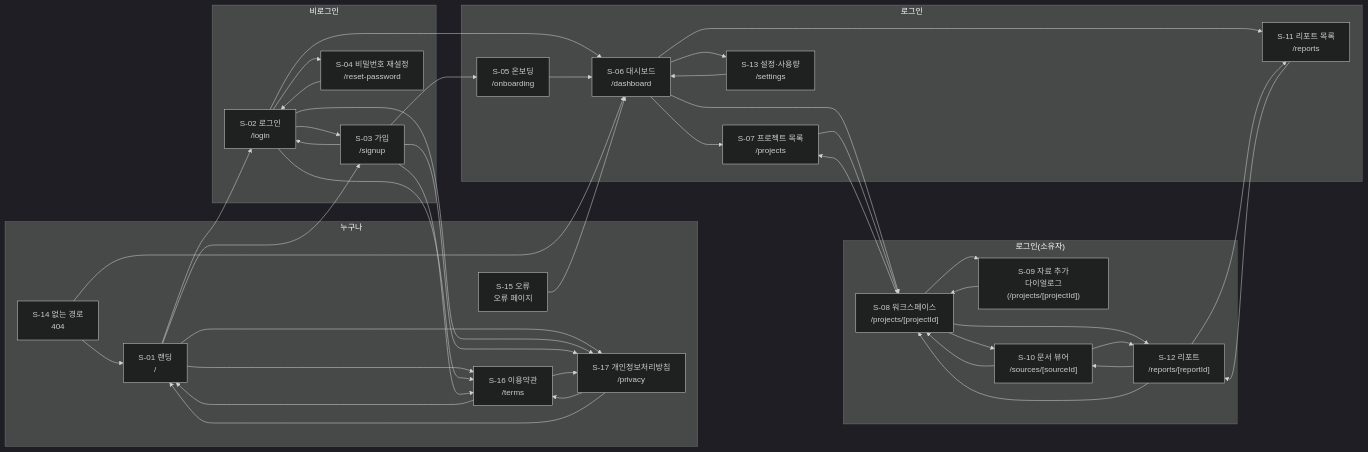
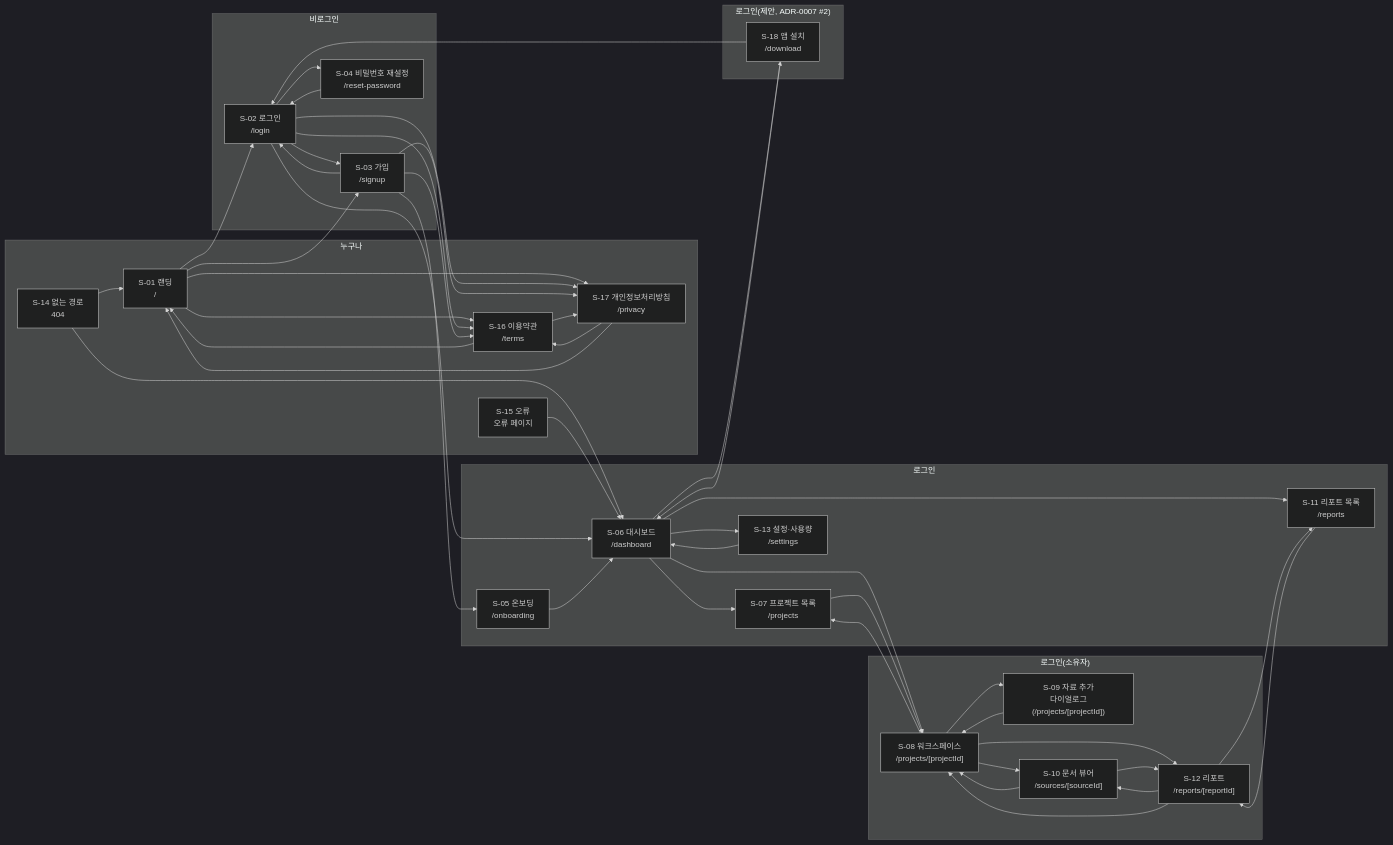
Before and after one commit to DevOps0906/KNOWFLOW-AI: the diagram in docs/diagrams/sitemap.mmd, drawn with Mermaid (dark theme). The commit also changed 86 other files, not shown here.

```diff
--- a/docs/diagrams/sitemap.mmd
+++ b/docs/diagrams/sitemap.mmd
@@ -1,65 +1,71 @@
 flowchart LR
   subgraph g0["누구나"]
     n_S_01["S-01 랜딩<br/>/"]
     n_S_14["S-14 없는 경로<br/>404"]
     n_S_15["S-15 오류<br/>오류 페이지"]
     n_S_16["S-16 이용약관<br/>/terms"]
     n_S_17["S-17 개인정보처리방침<br/>/privacy"]
   end
   subgraph g1["비로그인"]
     n_S_02["S-02 로그인<br/>/login"]
     n_S_03["S-03 가입<br/>/signup"]
     n_S_04["S-04 비밀번호 재설정<br/>/reset-password"]
   end
   subgraph g2["로그인"]
     n_S_05["S-05 온보딩<br/>/onboarding"]
     n_S_06["S-06 대시보드<br/>/dashboard"]
     n_S_07["S-07 프로젝트 목록<br/>/projects"]
     n_S_11["S-11 리포트 목록<br/>/reports"]
     n_S_13["S-13 설정·사용량<br/>/settings"]
   end
   subgraph g3["로그인(소유자)"]
     n_S_08["S-08 워크스페이스<br/>/projects/[projectId]"]
     n_S_09["S-09 자료 추가<br/>다이얼로그(/projects/[projectId])"]
     n_S_10["S-10 문서 뷰어<br/>/sources/[sourceId]"]
     n_S_12["S-12 리포트<br/>/reports/[reportId]"]
   end
+  subgraph g4["로그인(제안, ADR-0007 #2)"]
+    n_S_18["S-18 앱 설치<br/>/download"]
+  end
   n_S_01 --> n_S_02
   n_S_01 --> n_S_03
   n_S_01 --> n_S_16
   n_S_01 --> n_S_17
   n_S_02 --> n_S_06
   n_S_02 --> n_S_03
   n_S_02 --> n_S_04
   n_S_02 --> n_S_16
   n_S_02 --> n_S_17
   n_S_03 --> n_S_05
   n_S_03 --> n_S_02
   n_S_03 --> n_S_16
   n_S_03 --> n_S_17
   n_S_04 --> n_S_02
   n_S_05 --> n_S_06
   n_S_06 --> n_S_07
   n_S_06 --> n_S_08
   n_S_06 --> n_S_11
   n_S_06 --> n_S_13
+  n_S_06 --> n_S_18
   n_S_07 --> n_S_08
   n_S_08 --> n_S_09
   n_S_08 --> n_S_10
   n_S_08 --> n_S_12
   n_S_08 --> n_S_07
   n_S_09 --> n_S_08
   n_S_10 --> n_S_08
   n_S_10 --> n_S_12
   n_S_11 --> n_S_12
   n_S_12 --> n_S_10
   n_S_12 --> n_S_11
   n_S_12 --> n_S_08
   n_S_13 --> n_S_06
   n_S_14 --> n_S_06
   n_S_14 --> n_S_01
   n_S_15 --> n_S_06
   n_S_16 --> n_S_17
   n_S_16 --> n_S_01
   n_S_17 --> n_S_16
   n_S_17 --> n_S_01
+  n_S_18 --> n_S_06
+  n_S_18 --> n_S_02
```
